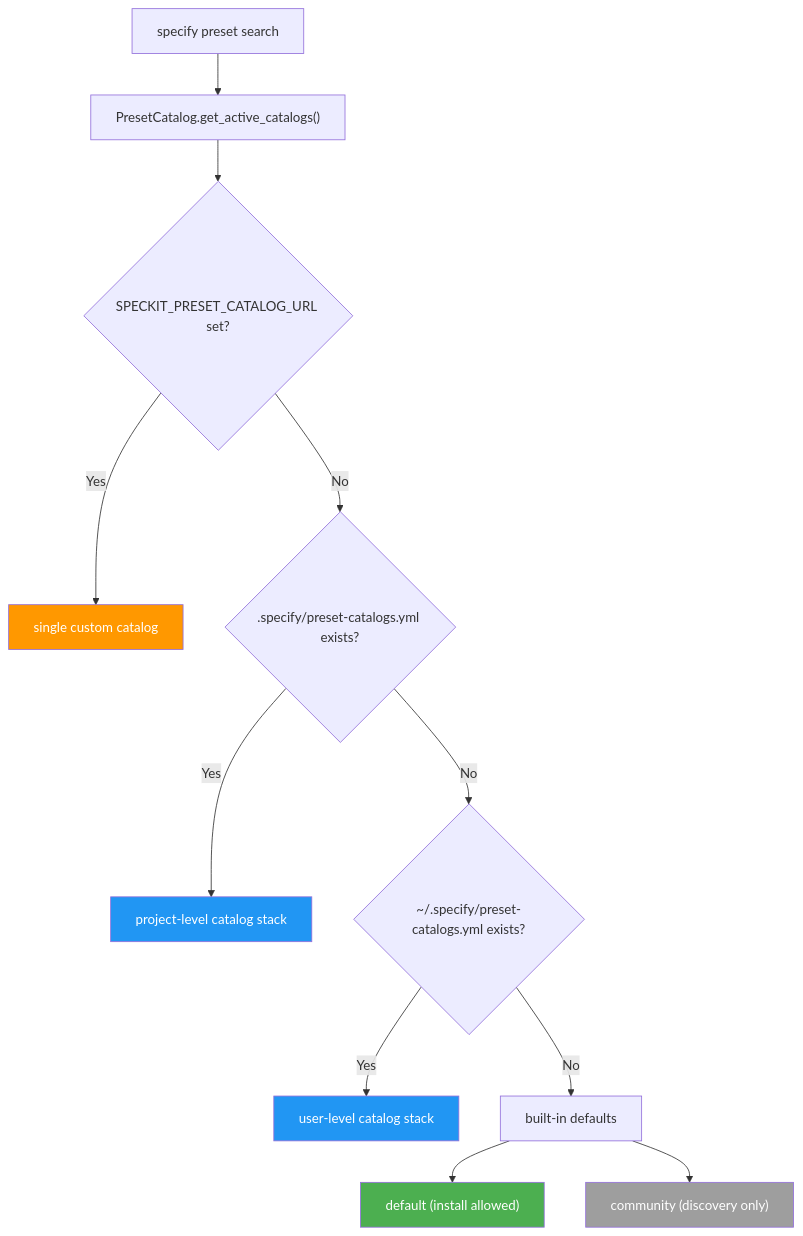
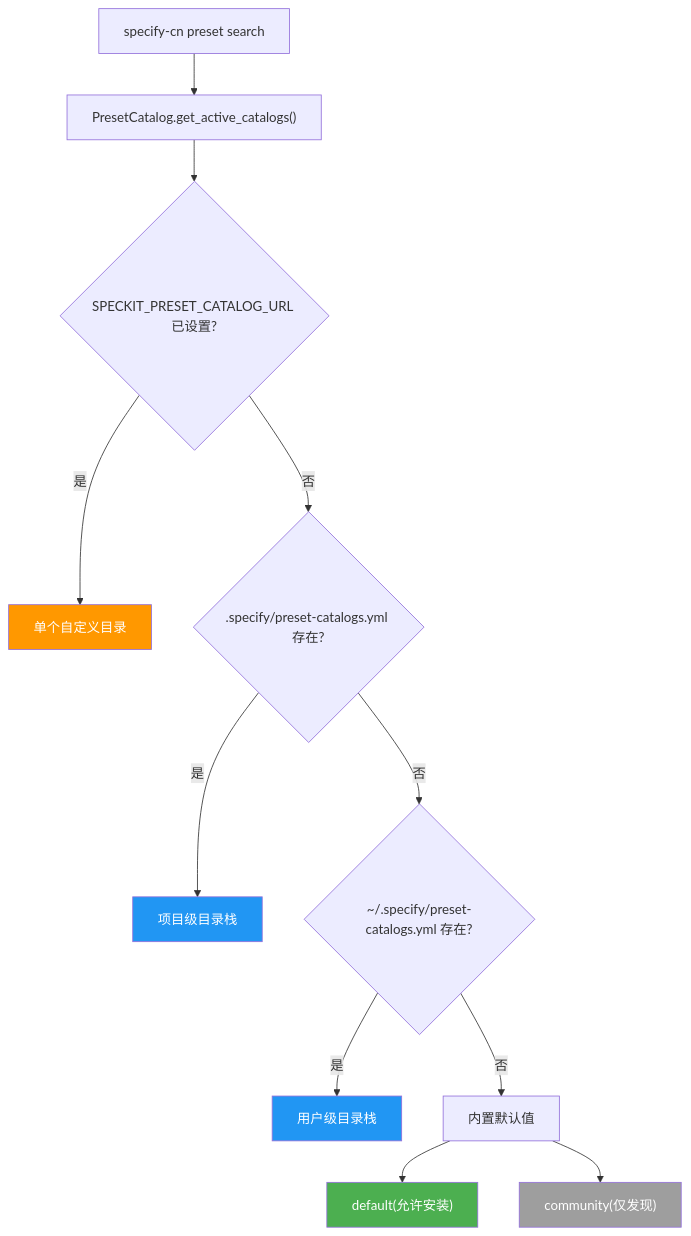
One commit to Linfee/spec-kit-cn changed the third of 3 diagrams in presets/ARCHITECTURE.md. Above: the diagram before and after it, drawn with Mermaid. The commit also changed other lines of this file and 28 other files, not shown here.

````diff
--- a/presets/ARCHITECTURE.md
+++ b/presets/ARCHITECTURE.md
@@ -94,19 +94,19 @@
 ```mermaid
 flowchart TD
-    A["specify preset search"] --> B["PresetCatalog.get_active_catalogs()"]
-    B --> C{SPECKIT_PRESET_CATALOG_URL set?}
-    C -- Yes --> D["single custom catalog"]
-    C -- No --> E{.specify/preset-catalogs.yml exists?}
-    E -- Yes --> F["project-level catalog stack"]
-    E -- No --> G{"~/.specify/preset-catalogs.yml exists?"}
-    G -- Yes --> H["user-level catalog stack"]
-    G -- No --> I["built-in defaults"]
-    I --> J["default (install allowed)"]
-    I --> K["community (discovery only)"]
+    A["specify-cn preset search"] --> B["PresetCatalog.get_active_catalogs()"]
+    B --> C{SPECKIT_PRESET_CATALOG_URL 已设置?}
+    C -- 是 --> D["单个自定义目录"]
+    C -- 否 --> E{.specify/preset-catalogs.yml 存在?}
+    E -- 是 --> F["项目级目录栈"]
+    E -- 否 --> G{"~/.specify/preset-catalogs.yml 存在?"}
+    G -- 是 --> H["用户级目录栈"]
+    G -- 否 --> I["内置默认值"]
+    I --> J["default(允许安装)"]
+    I --> K["community(仅发现)"]
 
     style D fill:#ff9800,color:#fff
     style F fill:#2196f3,color:#fff
     style H fill:#2196f3,color:#fff
     style J fill:#4caf50,color:#fff
     style K fill:#9e9e9e,color:#fff
 ```
````
